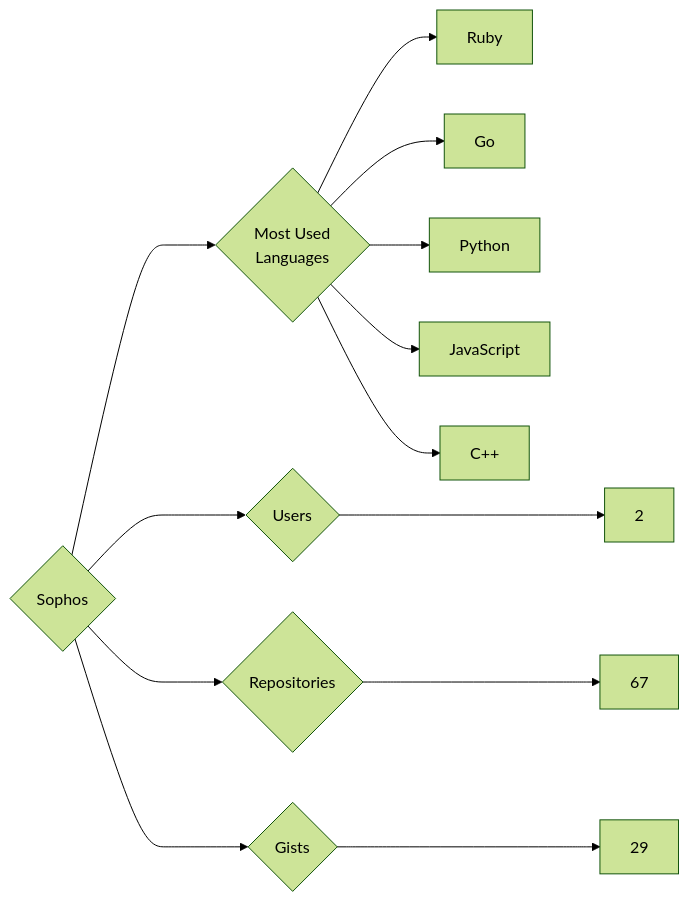
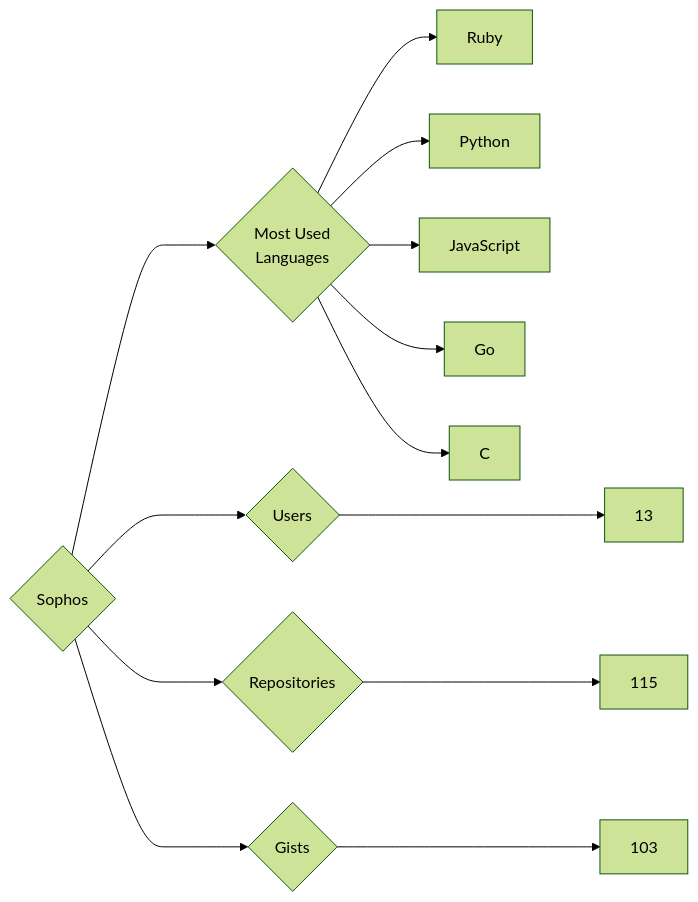
One commit to trickest/insiders changed the diagram in targets/Sophos/README.md. Above: the diagram before and after it, drawn with Mermaid (forest theme). The commit also changed 964 other files, not shown here.

````diff
--- a/targets/Sophos/README.md
+++ b/targets/Sophos/README.md
@@ -3,13 +3,13 @@
 ```mermaid
 graph LR
 COMPANY_NAME{Sophos}
-COMPANY_NAME ---> U{Users} ---> UN[2]
-COMPANY_NAME ---> R{Repositories} ---> RN[67]
-COMPANY_NAME ---> G{Gists} ---> GN[29]
+COMPANY_NAME ---> U{Users} ---> UN[13]
+COMPANY_NAME ---> R{Repositories} ---> RN[115]
+COMPANY_NAME ---> G{Gists} ---> GN[103]
 COMPANY_NAME ---> ML{Most Used<br>Languages}
 ML --> Ruby[Ruby]
-ML --> Go[Go]
 ML --> Python[Python]
 ML --> JavaScript[JavaScript]
-ML --> C++[C++]
+ML --> Go[Go]
+ML --> C[C]
 ```
````
